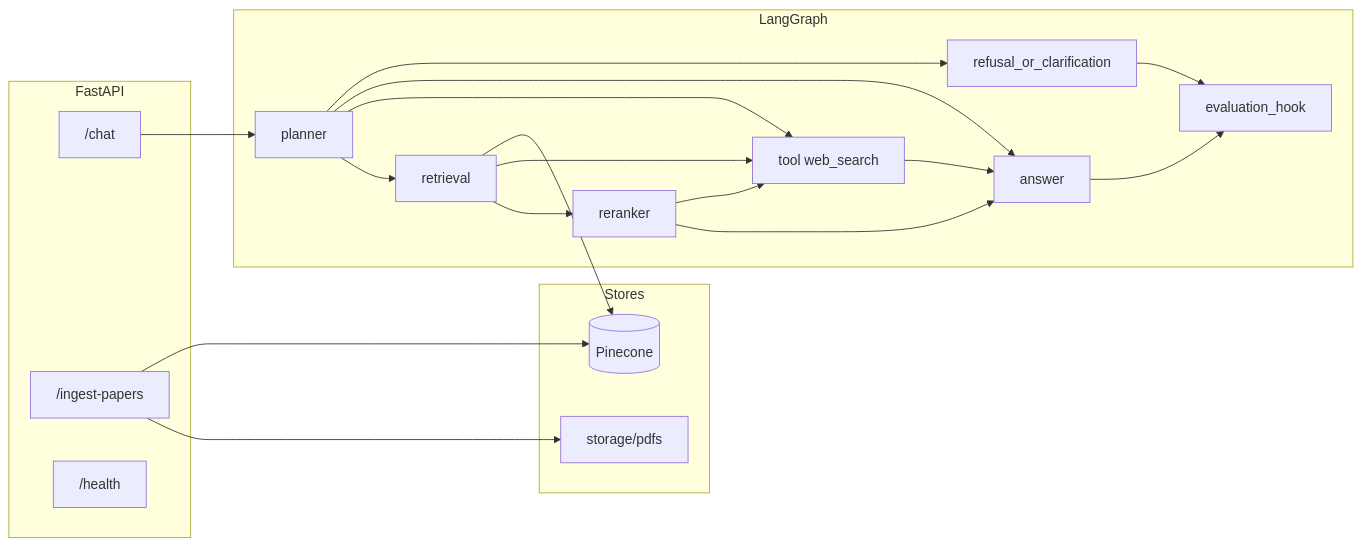
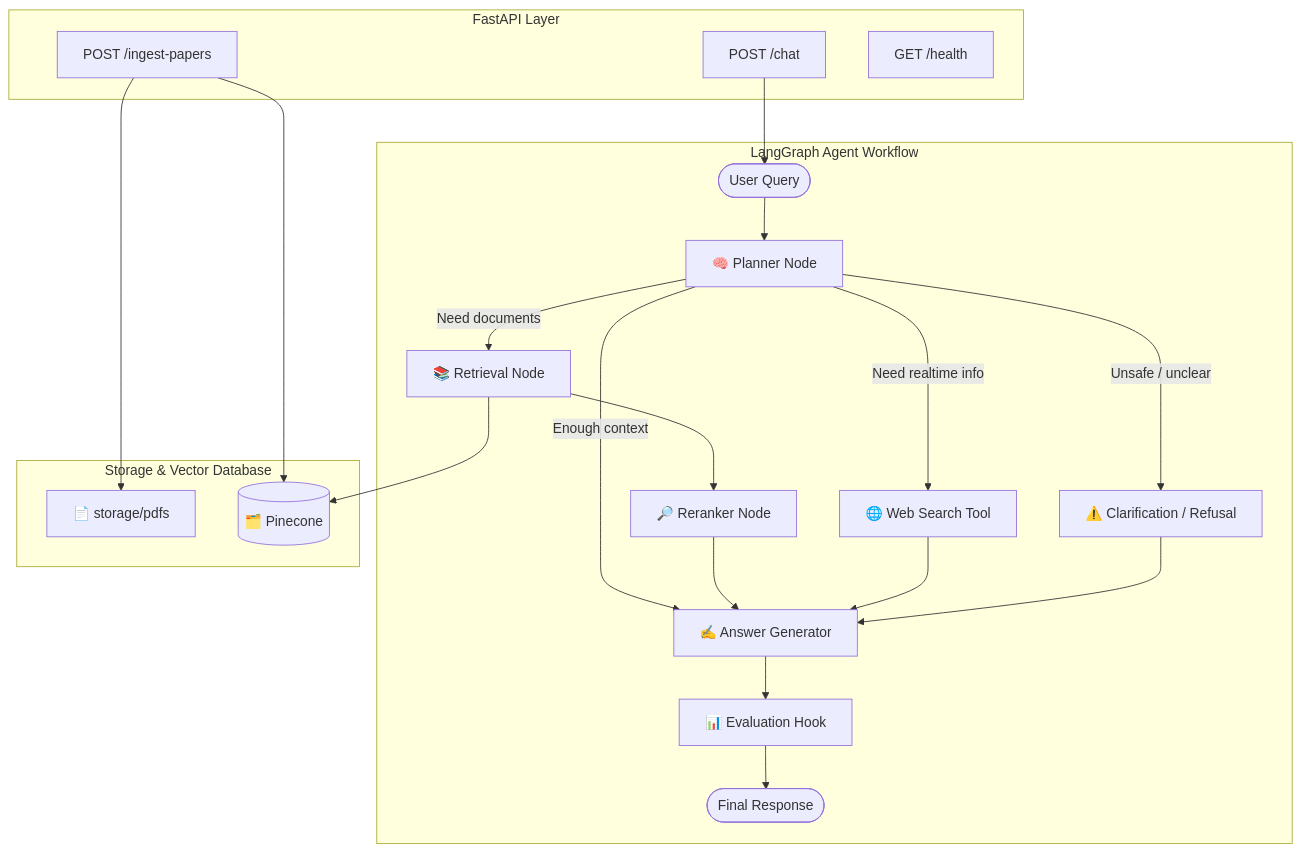
One commit to singh-gaurav04/Agentic_RAG_System changed the diagram in README.md. Above: the diagram before and after it, drawn with Mermaid. The commit also changed other lines of this file and 21 other files, not shown here.

````diff
--- a/README.md
+++ b/README.md
@@ -39,36 +39,87 @@
 ```mermaid
-flowchart LR
-  subgraph api [FastAPI]
-    Chat["/chat"]
-    Ingest["/ingest-papers"]
-    Health["/health"]
-  end
-  subgraph agent [LangGraph]
-    P[planner]
-    R[retrieval]
-    RR[reranker]
-    T[tool web_search]
-    A[answer]
-    RC[refusal_or_clarification]
-    E[evaluation_hook]
-  end
-  Chat --> P
-  P --> R
-  P --> T
-  P --> A
-  P --> RC
-  R --> RR
-  R --> T
-  RR --> A
-  RR --> T
-  T --> A
-  A --> E
-  RC --> E
-  subgraph data [Stores]
-    PC[(Pinecone)]
-    PDFs[storage/pdfs]
-  end
-  Ingest --> PDFs
-  Ingest --> PC
-  R --> PC
+flowchart TB
+
+    %% =========================
+    %% API Layer
+    %% =========================
+    subgraph API["FastAPI Layer"]
+        CHAT["POST /chat"]
+        INGEST["POST /ingest-papers"]
+        HEALTH["GET /health"]
+    end
+
+    %% =========================
+    %% Agent Workflow
+    %% =========================
+    subgraph AGENT["LangGraph Agent Workflow"]
+
+        START(["User Query"])
+
+        P["🧠 Planner Node"]
+
+        R["📚 Retrieval Node"]
+
+        RR["🔎 Reranker Node"]
+
+        T["🌐 Web Search Tool"]
+
+        A["✍️ Answer Generator"]
+
+        RC["⚠️ Clarification / Refusal"]
+
+        E["📊 Evaluation Hook"]
+
+        END(["Final Response"])
+
+        %% Main Flow
+        START --> P
+
+        %% Planner Routing
+        P -->|Need documents| R
+        P -->|Need realtime info| T
+        P -->|Enough context| A
+        P -->|Unsafe / unclear| RC
+
+        %% Retrieval Path
+        R --> RR
+        RR --> A
+
+        %% Tool Path
+        T --> A
+
+        %% Clarification Path
+        RC --> A
+
+        %% Finalization
+        A --> E
+        E --> END
+
+    end
+
+    %% =========================
+    %% Data Layer
+    %% =========================
+    subgraph DATA["Storage & Vector Database"]
+
+        PDFs["📄 storage/pdfs"]
+
+        PC[("🗂️ Pinecone")]
+
+    end
+
+    %% =========================
+    %% Ingestion Flow
+    %% =========================
+    INGEST --> PDFs
+    INGEST --> PC
+
+    %% =========================
+    %% Retrieval Access
+    %% =========================
+    R --> PC
+
+    %% =========================
+    %% API Connection
+    %% =========================
+    CHAT --> START
 ```
````
